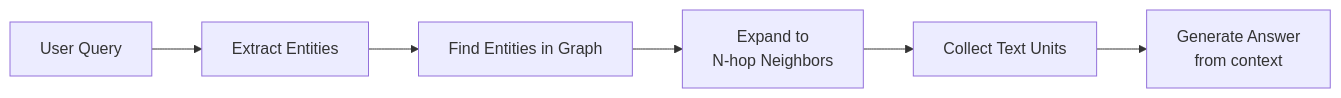
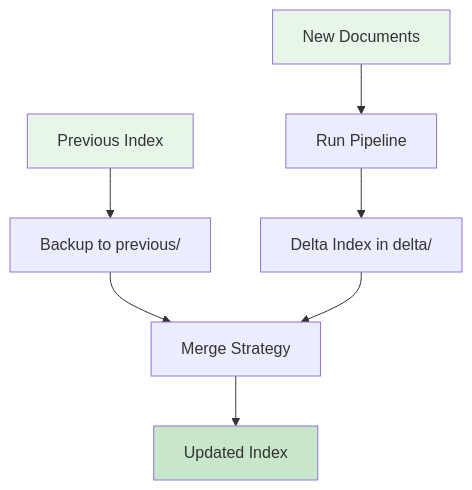
Before and after one commit to huytu0702/gtog: the tenth of 10 diagrams in docs/tunh/GRAPHRAG_INDEXING_FLOW.md, drawn with Mermaid. The commit also changed other lines of this file and 1 other file, not shown here.

````diff
--- a/docs/tunh/GRAPHRAG_INDEXING_FLOW.md
+++ b/docs/tunh/GRAPHRAG_INDEXING_FLOW.md
@@ -868,8 +567,13 @@
 ```mermaid
-flowchart LR
-    A[User Query] --> B[Extract Entities]
-    B --> C[Find Entities in Graph]
-    C --> D[Expand to<br/>N-hop Neighbors]
-    D --> E[Collect Text Units]
-    E --> F[Generate Answer<br/>from context]
+graph TB
+    A[Previous Index] --> B[Backup to previous/]
+    C[New Documents] --> D[Run Pipeline]
+    D --> E[Delta Index in delta/]
+    B --> F[Merge Strategy]
+    E --> F
+    F --> G[Updated Index]
+    
+    style A fill:#e8f5e9
+    style C fill:#e8f5e9
+    style G fill:#c8e6c9
 ```
````
